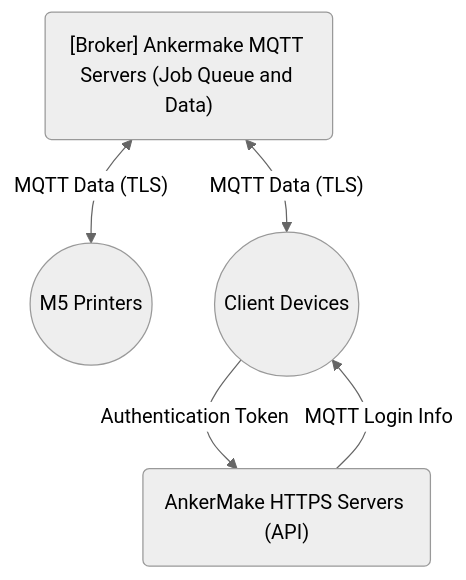
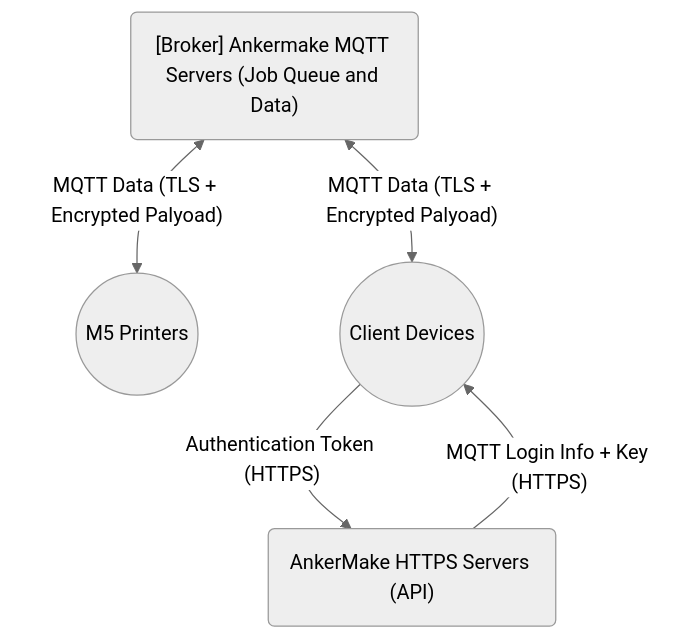
One commit to Ankermgmt/ankermake-m5-protocol changed the diagram in documentation/mqtt-overview.md. Above: the diagram before and after it, drawn with Mermaid (neutral theme). The commit also changed other lines of this file and 3 other files, not shown here.

````diff
--- a/documentation/mqtt-overview.md
+++ b/documentation/mqtt-overview.md
@@ -65,7 +76,7 @@
 ```mermaid
 graph
-    A("[Broker] Ankermake MQTT Servers (Job Queue and Data)") <-- "MQTT Data (TLS)" --> B(("M5 Printers"))
-    A <-- "MQTT Data (TLS)" --> C(("Client Devices"))
-    D("AnkerMake HTTPS Servers (API)") -- "MQTT Login Info" --> C
-    C -- "Authentication Token" --> D
+    A("[Broker] Ankermake MQTT Servers (Job Queue and Data)") <-- "MQTT Data (TLS + Encrypted Palyoad)" --> B(("M5 Printers"))
+    A <-- "MQTT Data (TLS + Encrypted Palyoad)" --> C(("Client Devices"))
+    D("AnkerMake HTTPS Servers (API)") -- "MQTT Login Info + Key (HTTPS)" --> C
+    C -- "Authentication Token (HTTPS)" --> D
 ```
````
